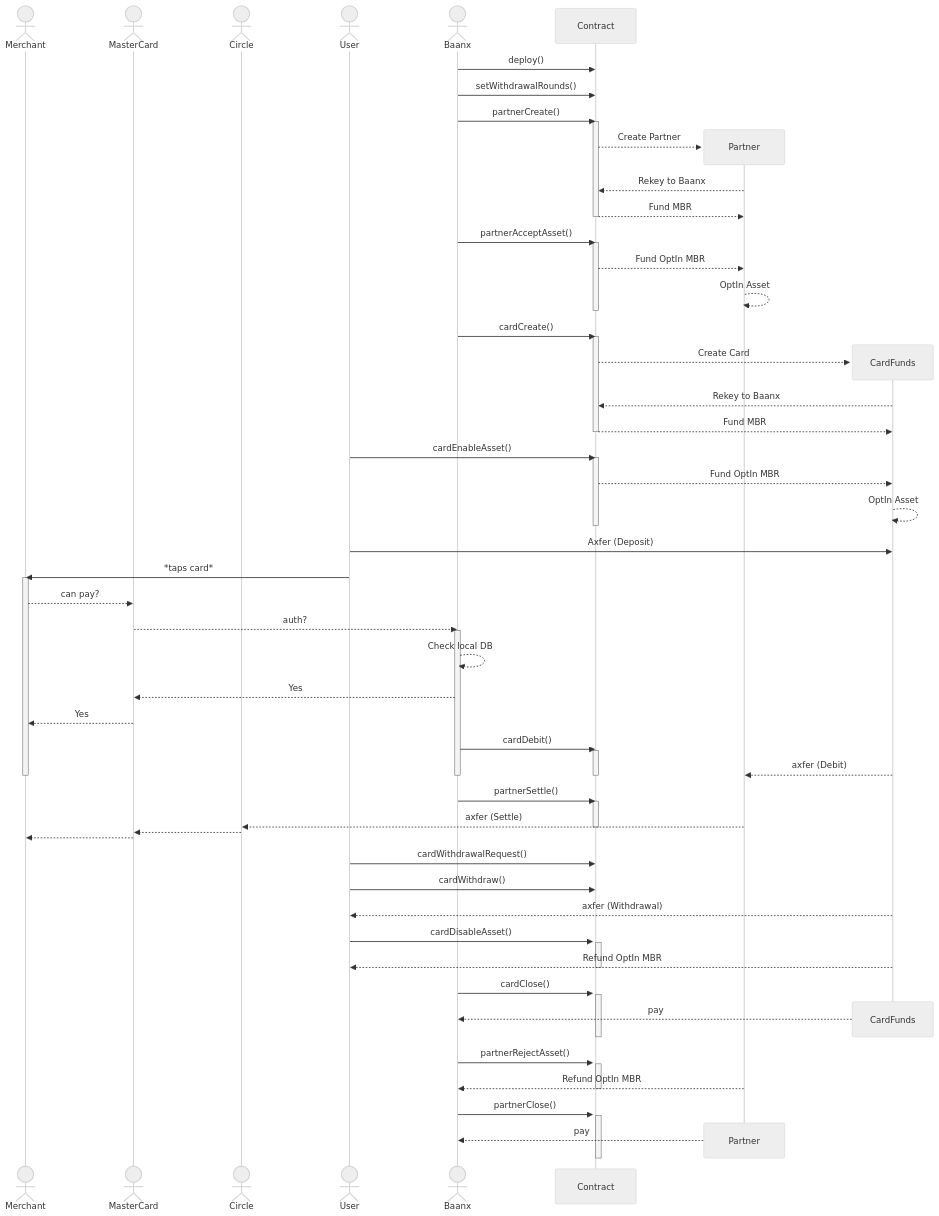
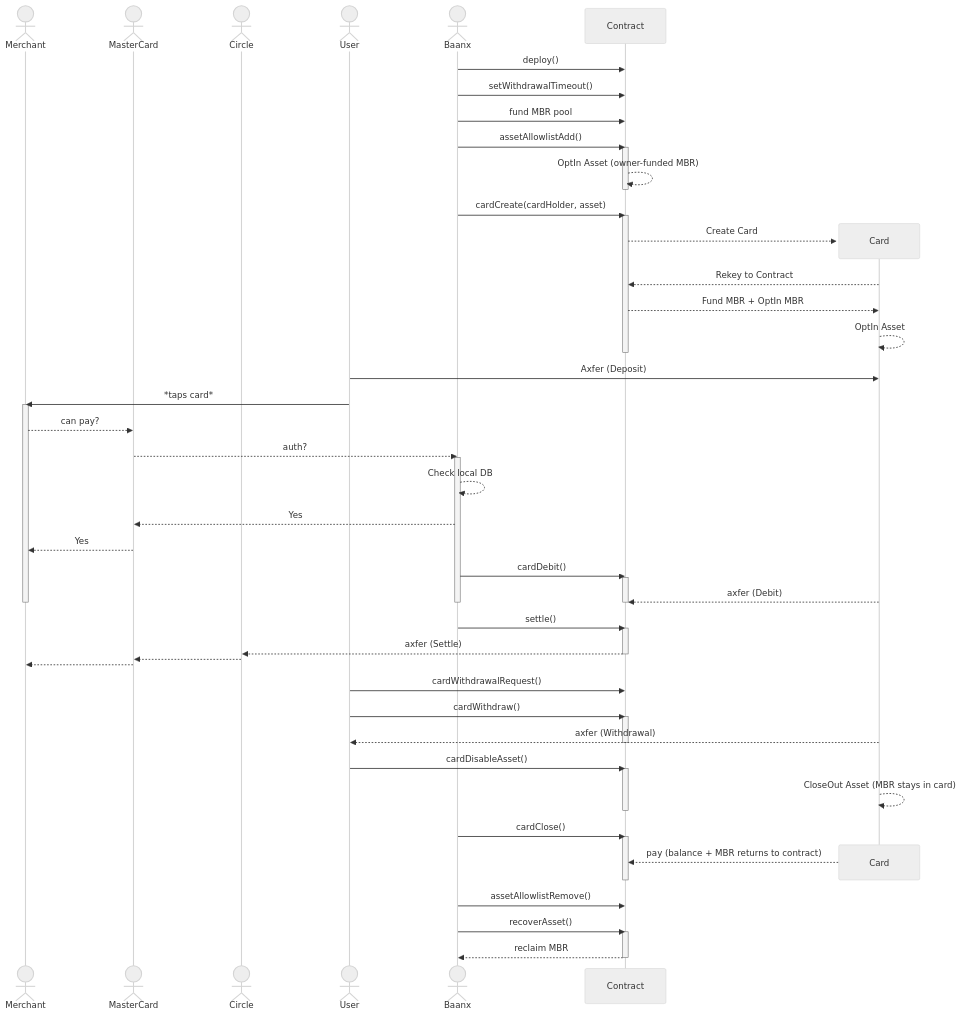
The second of 2 diagrams in README.md (funk-af/baanx-contracts), drawn with Mermaid (neutral theme) before and after one commit. The commit also changed other lines of this file and 17 other files, not shown here.

First line of the commit message:
Refactor card fund terminology to card, update related logic and storage structures

````diff
--- a/README.md
+++ b/README.md
@@ -110,77 +201,63 @@
 ```mermaid
 sequenceDiagram
     actor Merchant
     actor MasterCard
     actor Circle
     actor User
     actor Baanx
     Baanx->>Contract: deploy()
-    Baanx->>Contract: setWithdrawalRounds()
-    Baanx->>Contract: partnerCreate()
+    Baanx->>Contract: setWithdrawalTimeout()
+    Baanx->>Contract: fund MBR pool
+    Baanx->>Contract: assetAllowlistAdd()
     activate Contract
-    create participant Partner
-    Contract-->>Partner: Create Partner
-    Partner-->>Contract: Rekey to Baanx
-    Contract-->>Partner: Fund MBR
+    Contract-->>Contract: OptIn Asset (owner-funded MBR)
     deactivate Contract
-    Baanx->>Contract: partnerAcceptAsset()
+    Baanx->>Contract: cardCreate(cardHolder, asset)
     activate Contract
-    Contract-->>Partner: Fund OptIn MBR
-    Partner-->>Partner: OptIn Asset
+    create participant Card
+    Contract-->>Card: Create Card
+    Card-->>Contract: Rekey to Contract
+    Contract-->>Card: Fund MBR + OptIn MBR
+    Card-->>Card: OptIn Asset
     deactivate Contract
-    Baanx->>Contract: cardCreate()
-    activate Contract
-    create participant CardFunds
-    Contract-->>CardFunds: Create Card
-    CardFunds-->>Contract: Rekey to Baanx
-    Contract-->>CardFunds: Fund MBR
-    deactivate Contract
-    User->>Contract: cardEnableAsset()
-    activate Contract
-    Contract-->>CardFunds: Fund OptIn MBR
-    CardFunds-->>CardFunds: OptIn Asset
-    deactivate Contract
-    User->>CardFunds: Axfer (Deposit)
+    User->>Card: Axfer (Deposit)
     User->>Merchant: *taps card*
     activate Merchant
     Merchant-->>MasterCard: can pay?
     MasterCard-->>Baanx: auth?
     activate Baanx
     Baanx-->>Baanx: Check local DB
     Baanx-->>MasterCard: Yes
     MasterCard-->>Merchant: Yes
     Baanx->>Contract: cardDebit()
     activate Contract
-    CardFunds-->>Partner: axfer (Debit)
+    Card-->>Contract: axfer (Debit)
     deactivate Baanx
     deactivate Merchant
     deactivate Contract
-    Baanx->>Contract: partnerSettle()
+    Baanx->>Contract: settle()
     activate Contract
-    Partner-->>Circle: axfer (Settle)
+    Contract-->>Circle: axfer (Settle)
     deactivate Contract
     Circle-->>MasterCard:
     MasterCard-->>Merchant:
     User->>Contract: cardWithdrawalRequest()
     User->>Contract: cardWithdraw()
     activate Contract
-    CardFunds-->>User: axfer (Withdrawal)
+    Card-->>User: axfer (Withdrawal)
+    deactivate Contract
     User->>Contract: cardDisableAsset()
     activate Contract
-    CardFunds-->>User: Refund OptIn MBR
+    Card-->>Card: CloseOut Asset (MBR stays in card)
     deactivate Contract
     Baanx->>Contract: cardClose()
     activate Contract
-    destroy CardFunds
-    CardFunds-->>Baanx: pay
+    destroy Card
+    Card-->>Contract: pay (balance + MBR returns to contract)
     deactivate Contract
-    Baanx->>Contract: partnerRejectAsset()
+    Baanx->>Contract: assetAllowlistRemove()
+    Baanx->>Contract: recoverAsset()
     activate Contract
-    Partner-->>Baanx: Refund OptIn MBR
-    deactivate Contract
-    Baanx->>Contract: partnerClose()
-    activate Contract
-    destroy Partner
-    Partner-->>Baanx: pay
+    Contract-->>Baanx: reclaim MBR
     deactivate Contract
 ```
````
